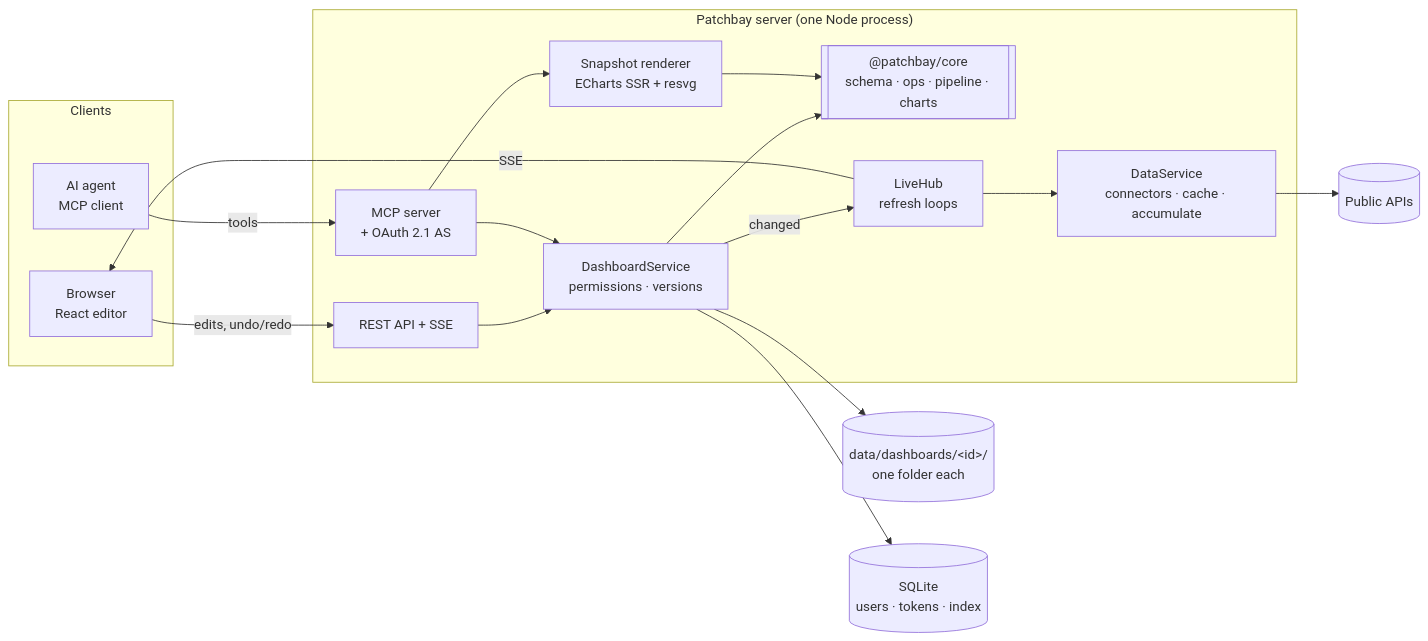
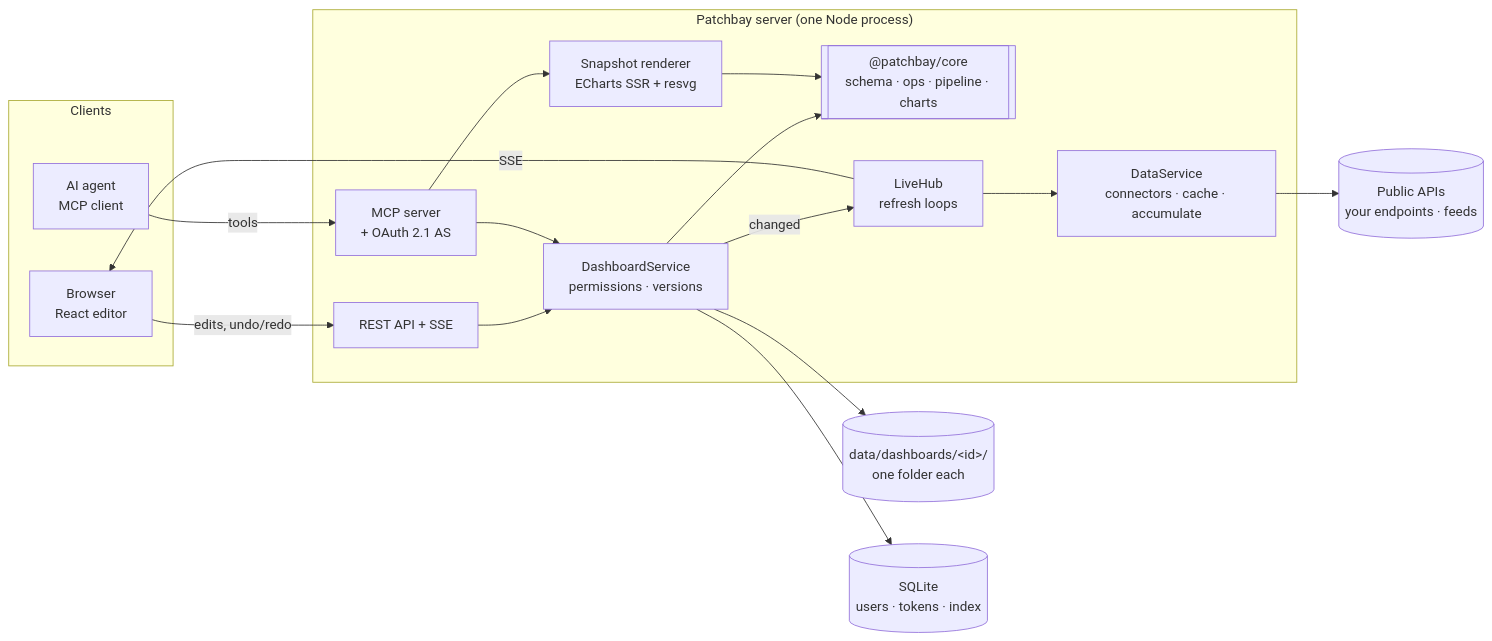
The diagram in README.md (carnaby/patchbay), drawn with Mermaid before and after one commit. The commit also changed other lines of this file and 5 other files, not shown here.

````diff
--- a/README.md
+++ b/README.md
@@ -191,33 +198,33 @@
 ```mermaid
 flowchart LR
   subgraph Clients
     B["Browser<br/>React editor"]
     A["AI agent<br/>MCP client"]
   end
   subgraph Server["Patchbay server (one Node process)"]
     API["REST API + SSE"]
     MCP["MCP server<br/>+ OAuth 2.1 AS"]
     SVC["DashboardService<br/>permissions · versions"]
     CORE[["#64;patchbay/core<br/>schema · ops · pipeline · charts"]]
     DATA["DataService<br/>connectors · cache · accumulate"]
     HUB["LiveHub<br/>refresh loops"]
     PNG["Snapshot renderer<br/>ECharts SSR + resvg"]
   end
   FS[("data/dashboards/#lt;id#gt;/<br/>one folder each")]
   DB[("SQLite<br/>users · tokens · index")]
-  EXT[("Public APIs")]
+  EXT[("Public APIs<br/>your endpoints · feeds")]
 
   B -- "edits, undo/redo" --> API
   A -- "tools" --> MCP
   API --> SVC
   MCP --> SVC
   SVC --> CORE
   SVC --> FS
   SVC --> DB
   SVC -- "changed" --> HUB
   HUB -- "SSE" --> B
   HUB --> DATA
   DATA --> EXT
   MCP --> PNG
   PNG --> CORE
 ```
````
